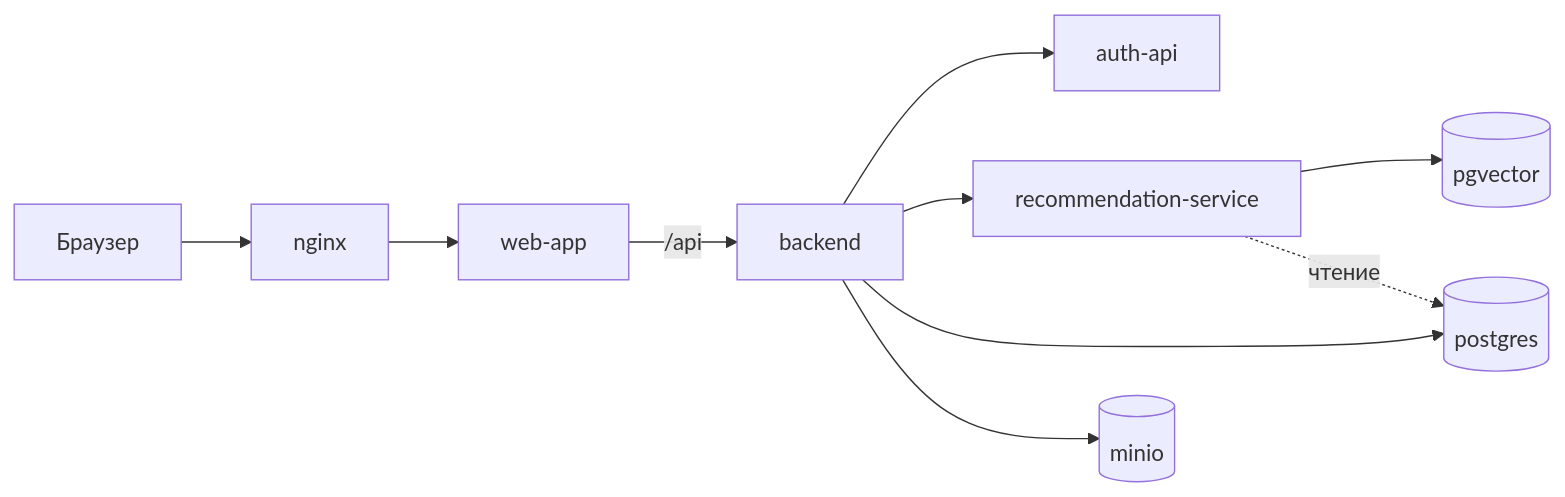
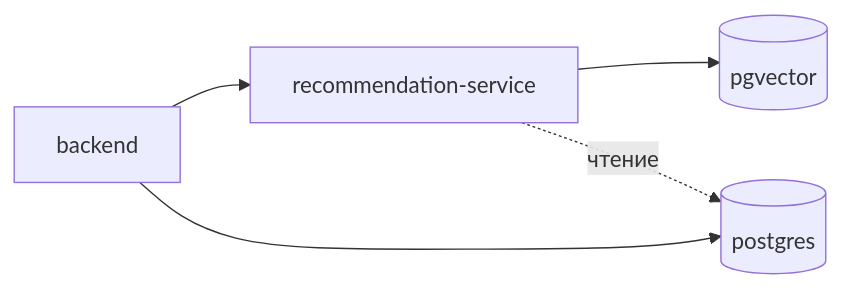
The diagram in pgvector/README.md (kalanod/Dvizhh), drawn with Mermaid before and after one commit. The commit also changed other lines of this file and 3 other files, not shown here.

````diff
--- a/pgvector/README.md
+++ b/pgvector/README.md
@@ -35,12 +22,7 @@
 ```mermaid
 flowchart LR
-    U[Браузер] --> N[nginx]
-    N --> W[web-app]
-    W -->|/api| B[backend]
-    B --> A[auth-api]
-    B --> R[recommendation-service]
+    B[backend] --> R[recommendation-service]
     B --> PG[(postgres)]
-    B --> M[(minio)]
     R --> V[(pgvector)]
     R -.->|чтение| PG
 ```
````
